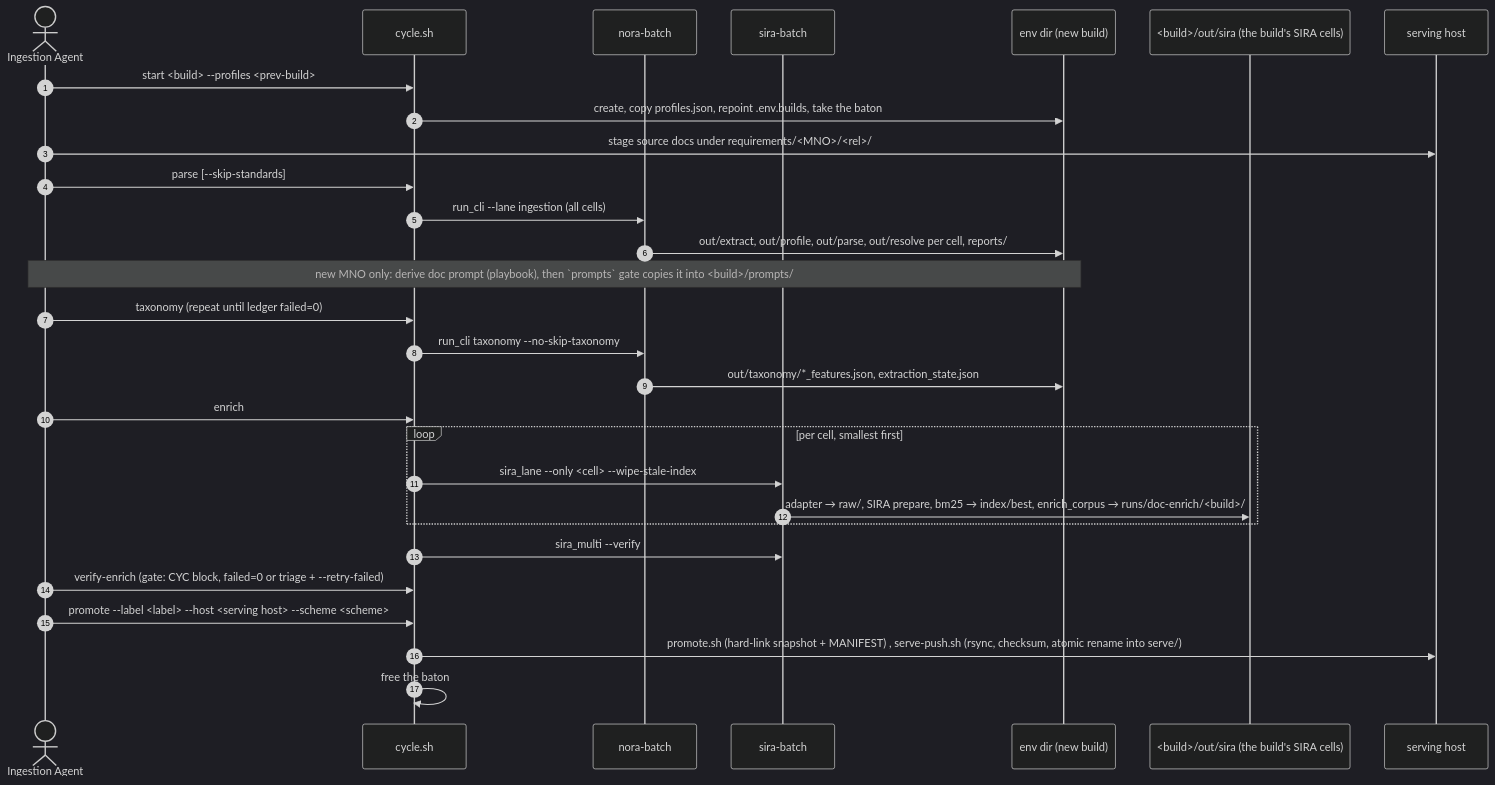
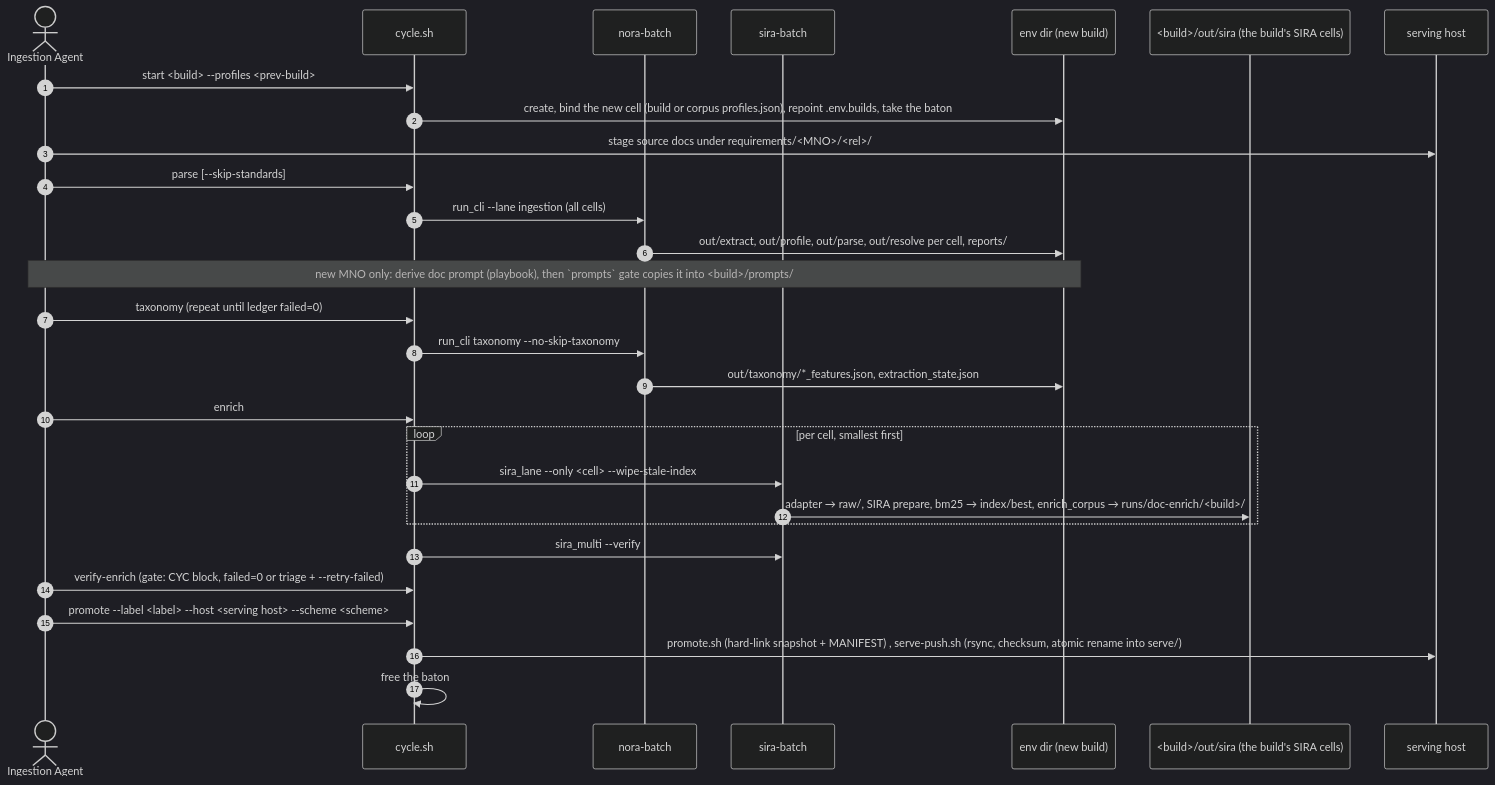
Before and after one commit to kurnoolion/nora: diagram 12 of 19 in docs/architecture.md, drawn with Mermaid (dark theme). The commit also changed other lines of this file and 19 other files, not shown here.

````diff
--- a/docs/architecture.md
+++ b/docs/architecture.md
@@ -1425,32 +1436,32 @@
 ```mermaid
 sequenceDiagram
   autonumber
   actor IA as Ingestion Agent
   participant CY as cycle.sh
   participant NB as nora-batch
   participant SB as sira-batch
   participant ENV as env dir (new build)
   participant DB as <build>/out/sira (the build's SIRA cells)
   participant SH as serving host
 
   IA->>CY: start <build> --profiles <prev-build>
-  CY->>ENV: create, copy profiles.json, repoint .env.builds, take the baton
+  CY->>ENV: create, bind the new cell (build or corpus profiles.json), repoint .env.builds, take the baton
   IA->>SH: stage source docs under requirements/<MNO>/<rel>/
   IA->>CY: parse [--skip-standards]
   CY->>NB: run_cli --lane ingestion (all cells)
   NB->>ENV: out/extract, out/profile, out/parse, out/resolve per cell, reports/
   Note over IA,ENV: new MNO only: derive doc prompt (playbook), then `prompts` gate copies it into <build>/prompts/
   IA->>CY: taxonomy (repeat until ledger failed=0)
   CY->>NB: run_cli taxonomy --no-skip-taxonomy
   NB->>ENV: out/taxonomy/*_features.json, extraction_state.json
   IA->>CY: enrich
   loop per cell, smallest first
     CY->>SB: sira_lane --only <cell> --wipe-stale-index
     SB->>DB: adapter → raw/, SIRA prepare, bm25 → index/best, enrich_corpus → runs/doc-enrich/<build>/
   end
   CY->>SB: sira_multi --verify
   IA->>CY: verify-enrich (gate: CYC block, failed=0 or triage + --retry-failed)
   IA->>CY: promote --label <label> --host <serving host> --scheme <scheme>
   CY->>SH: promote.sh (hard-link snapshot + MANIFEST) , serve-push.sh (rsync, checksum, atomic rename into serve/)
   CY->>CY: free the baton
 ```
````
